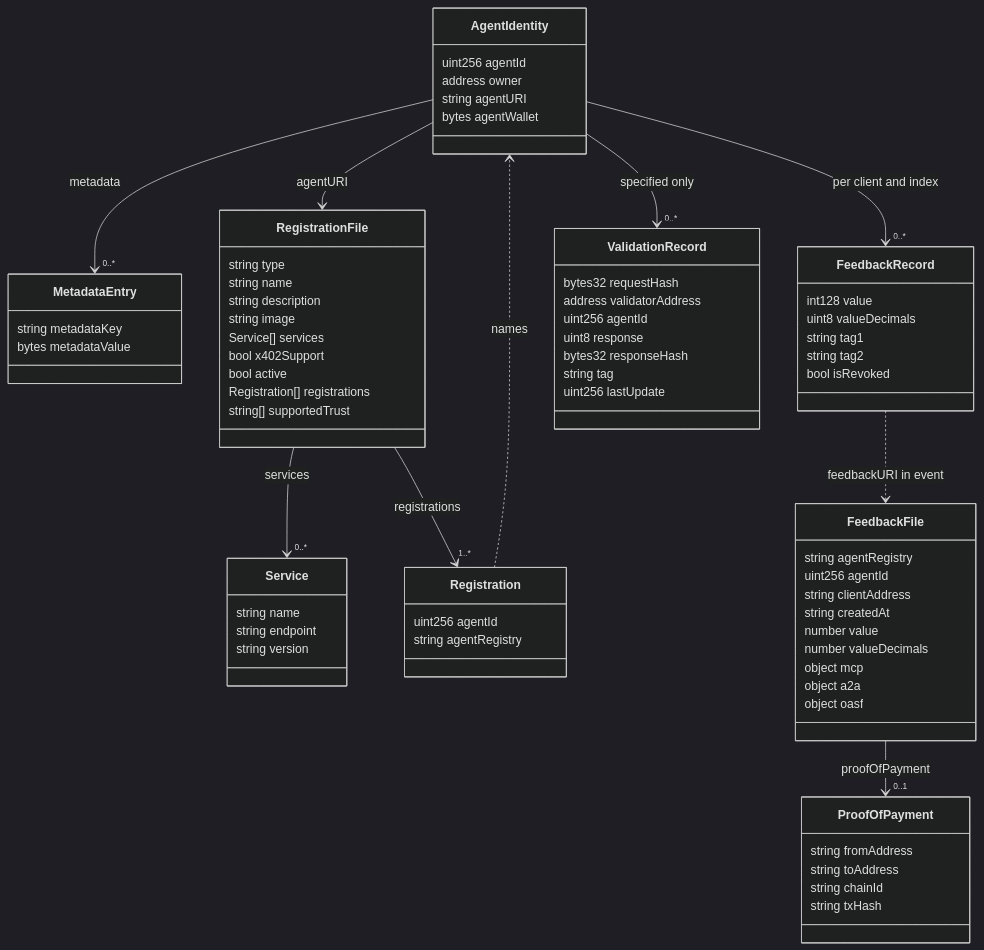
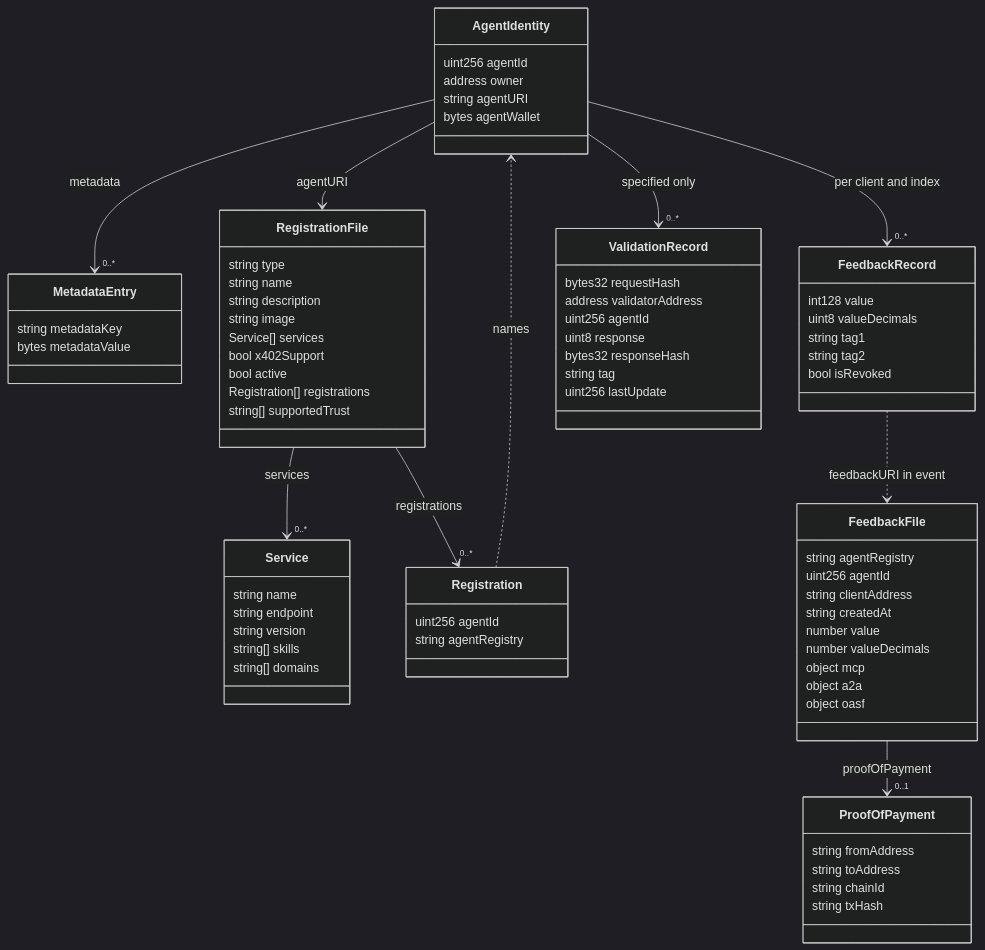
One commit to mercesAI/agentic-rails-atlas changed the diagram in src/content/diagrams/erc-8004-data-model.mmd. Above: the diagram before and after it, drawn with Mermaid (dark theme). The commit also changed 23 other files, not shown here.

```diff
--- a/src/content/diagrams/erc-8004-data-model.mmd
+++ b/src/content/diagrams/erc-8004-data-model.mmd
@@ -1,73 +1,75 @@
 classDiagram
   class AgentIdentity {
     uint256 agentId
     address owner
     string agentURI
     bytes agentWallet
   }
   class MetadataEntry {
     string metadataKey
     bytes metadataValue
   }
   class RegistrationFile {
     string type
     string name
     string description
     string image
     Service[] services
     bool x402Support
     bool active
     Registration[] registrations
     string[] supportedTrust
   }
   class Service {
     string name
     string endpoint
     string version
+    string[] skills
+    string[] domains
   }
   class Registration {
     uint256 agentId
     string agentRegistry
   }
   class FeedbackRecord {
     int128 value
     uint8 valueDecimals
     string tag1
     string tag2
     bool isRevoked
   }
   class FeedbackFile {
     string agentRegistry
     uint256 agentId
     string clientAddress
     string createdAt
     number value
     number valueDecimals
     object mcp
     object a2a
     object oasf
   }
   class ProofOfPayment {
     string fromAddress
     string toAddress
     string chainId
     string txHash
   }
   class ValidationRecord {
     bytes32 requestHash
     address validatorAddress
     uint256 agentId
     uint8 response
     bytes32 responseHash
     string tag
     uint256 lastUpdate
   }
   AgentIdentity --> RegistrationFile : agentURI
   AgentIdentity --> "0..*" MetadataEntry : metadata
   RegistrationFile --> "0..*" Service : services
-  RegistrationFile --> "1..*" Registration : registrations
+  RegistrationFile --> "0..*" Registration : registrations
   Registration ..> AgentIdentity : names
   AgentIdentity --> "0..*" FeedbackRecord : per client and index
   FeedbackRecord ..> FeedbackFile : feedbackURI in event
   FeedbackFile --> "0..1" ProofOfPayment : proofOfPayment
   AgentIdentity --> "0..*" ValidationRecord : specified only
```
